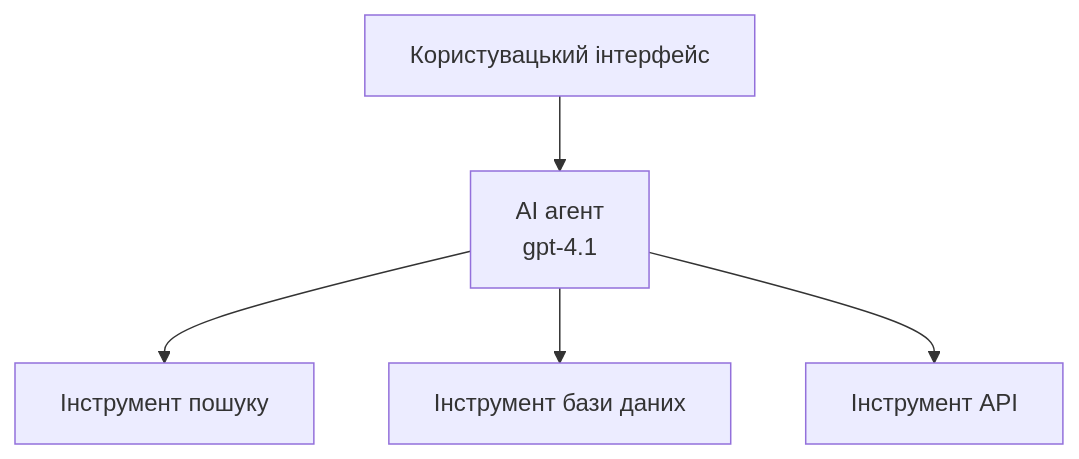
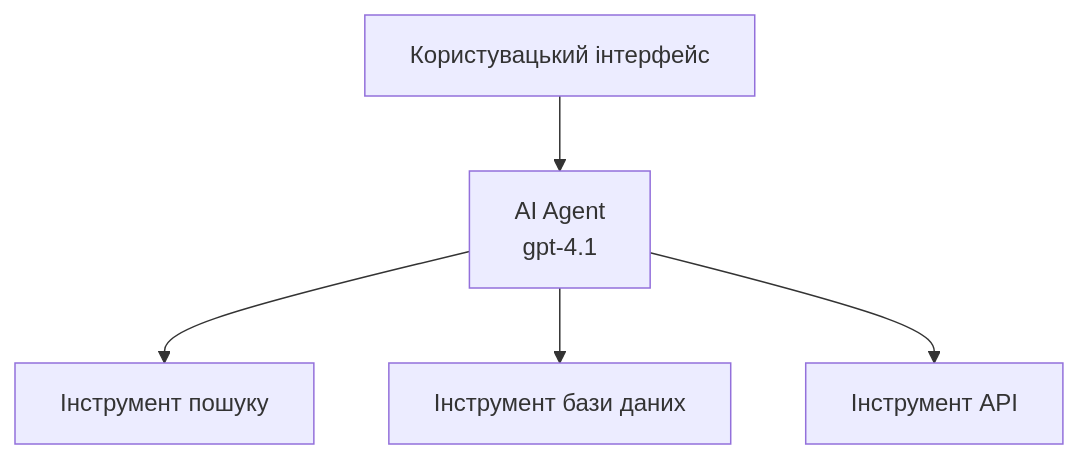
One commit to microsoft/AZD-for-beginners changed the first of 3 diagrams in translations/uk/docs/chapter-02-ai-development/agents.md. Above: the diagram before and after it, drawn with Mermaid. The commit also changed other lines of this file and 101 other files, not shown here.

````diff
--- a/translations/uk/docs/chapter-02-ai-development/agents.md
+++ b/translations/uk/docs/chapter-02-ai-development/agents.md
@@ -152,7 +157,7 @@
 ```mermaid
 graph TD
-    UI[Користувацький інтерфейс] --> Agent[AI агент<br/>gpt-4.1]
+    UI[Користувацький інтерфейс] --> Agent[AI Agent<br/>gpt-4.1]
     Agent --> Search[Інструмент пошуку]
     Agent --> Database[Інструмент бази даних]
     Agent --> API[Інструмент API]
 ```
````
